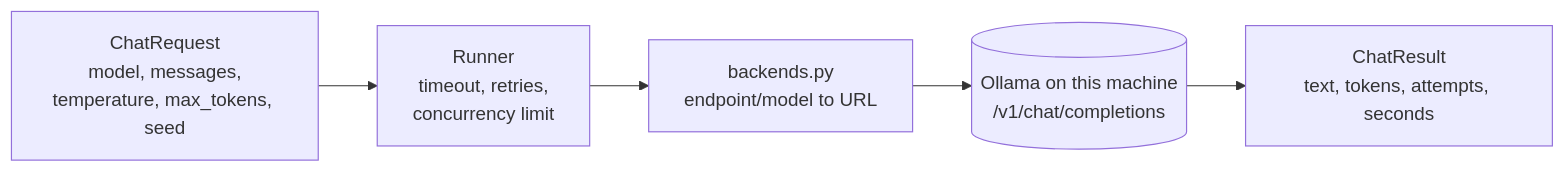
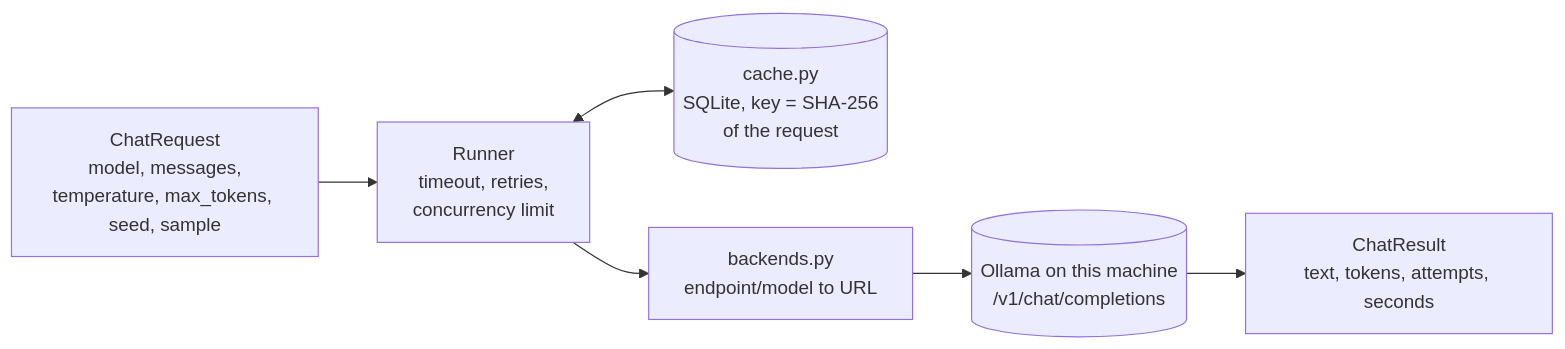
Before and after one commit to actions-marketplace-validations/imhammad_modelbump: the diagram in docs/architecture/runner.md, drawn with Mermaid. The commit also changed other lines of this file and 11 other files, not shown here.

First line of the commit message:
feat(runner): cache model answers by a hash of the request (ADR 0037) (#56)

````diff
--- a/docs/architecture/runner.md
+++ b/docs/architecture/runner.md
@@ -7,7 +7,8 @@
 ```mermaid
 flowchart LR
-    req[ChatRequest<br/>model, messages,<br/>temperature, max_tokens, seed] --> run[Runner<br/>timeout, retries,<br/>concurrency limit]
+    req[ChatRequest<br/>model, messages,<br/>temperature, max_tokens, seed, sample] --> run[Runner<br/>timeout, retries,<br/>concurrency limit]
+    run <--> cache[(cache.py<br/>SQLite, key = SHA-256<br/>of the request)]
     run --> resolve[backends.py<br/>endpoint/model to URL]
     resolve --> ollama[(Ollama on this machine<br/>/v1/chat/completions)]
     ollama --> result[ChatResult<br/>text, tokens, attempts, seconds]
 ```
````
